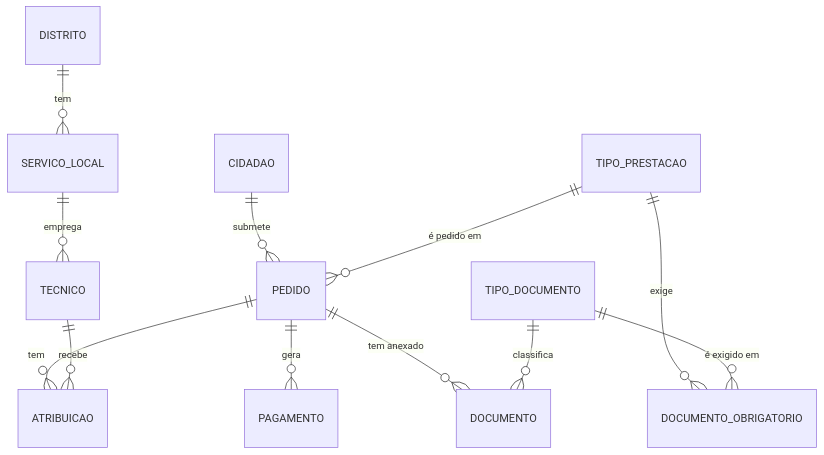
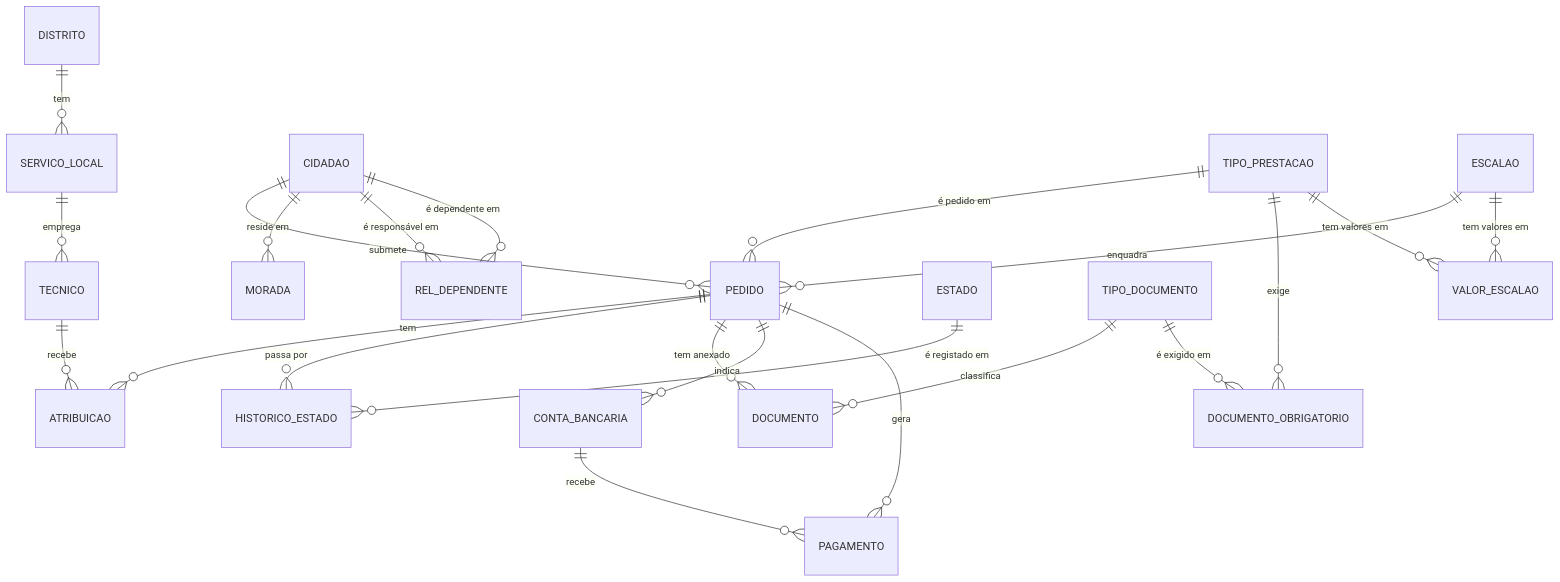
Before and after one commit to julio-marques-tech/functional-analysis-lab: the diagram in 01-data-modeling/der-conceptual.md, drawn with Mermaid. The commit also changed other lines of this file, not shown here.

Commit message:
Module 01: complete conceptual ERD (history, catalogs, recursive N:M)

````diff
--- a/01-data-modeling/der-conceptual.md
+++ b/01-data-modeling/der-conceptual.md
@@ -7,14 +7,24 @@
 ```mermaid
 erDiagram
     DISTRITO ||--o{ SERVICO_LOCAL : "tem"
     SERVICO_LOCAL ||--o{ TECNICO : "emprega"
     CIDADAO ||--o{ PEDIDO : "submete"
-    PEDIDO ||--o{ PAGAMENTO : "gera"
+    CIDADAO ||--o{ MORADA : "reside em"
+    CIDADAO ||--o{ REL_DEPENDENTE : "é responsável em"
+    CIDADAO ||--o{ REL_DEPENDENTE : "é dependente em"
+    TIPO_PRESTACAO ||--o{ PEDIDO : "é pedido em"
+    ESCALAO ||--o{ PEDIDO : "enquadra"
     PEDIDO ||--o{ ATRIBUICAO : "tem"
     TECNICO ||--o{ ATRIBUICAO : "recebe"
+    PEDIDO ||--o{ HISTORICO_ESTADO : "passa por"
+    ESTADO ||--o{ HISTORICO_ESTADO : "é registado em"
+    PEDIDO ||--o{ DOCUMENTO : "tem anexado"
+    TIPO_DOCUMENTO ||--o{ DOCUMENTO : "classifica"
     TIPO_PRESTACAO ||--o{ DOCUMENTO_OBRIGATORIO : "exige"
     TIPO_DOCUMENTO ||--o{ DOCUMENTO_OBRIGATORIO : "é exigido em"
-    TIPO_PRESTACAO ||--o{ PEDIDO : "é pedido em"
-    PEDIDO ||--o{ DOCUMENTO : "tem anexado"
-    TIPO_DOCUMENTO ||--o{ DOCUMENTO : "classifica"
+    TIPO_PRESTACAO ||--o{ VALOR_ESCALAO : "tem valores em"
+    ESCALAO ||--o{ VALOR_ESCALAO : "tem valores em"
+    PEDIDO ||--o{ CONTA_BANCARIA : "indica"
+    PEDIDO ||--o{ PAGAMENTO : "gera"
+    CONTA_BANCARIA ||--o{ PAGAMENTO : "recebe"
 ```
````
